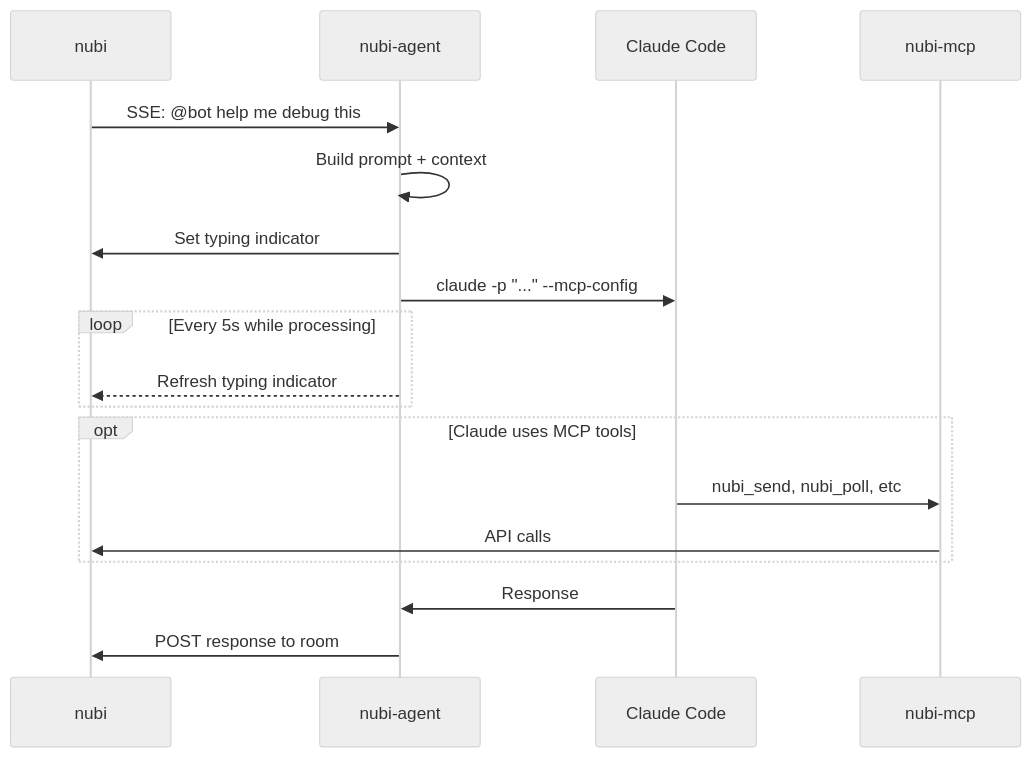
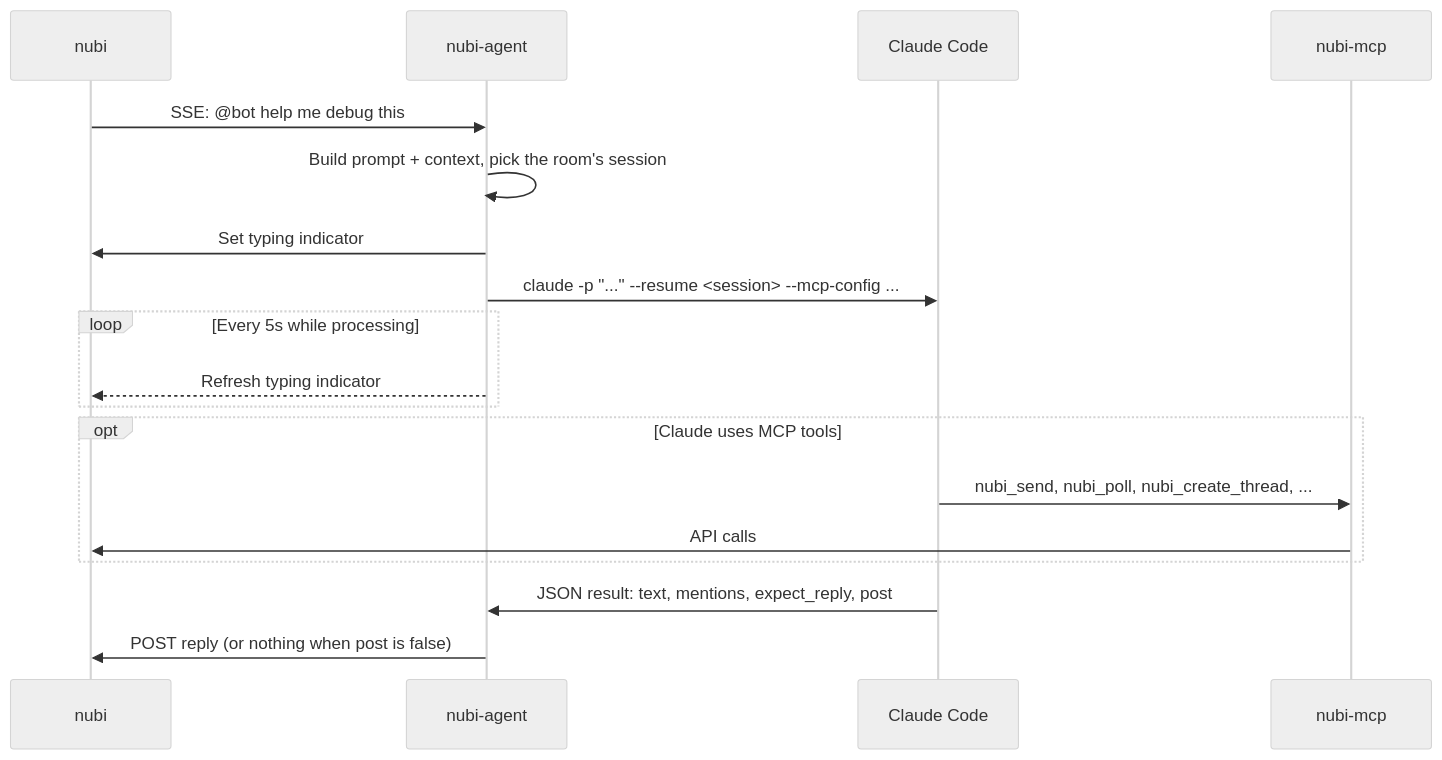
The diagram in README.md (aprdos/nubi-agent), drawn with Mermaid (neutral theme) before and after one commit. The commit also changed other lines of this file and 21 other files, not shown here.

````diff
--- a/README.md
+++ b/README.md
@@ -60,24 +62,24 @@
 ```mermaid
 sequenceDiagram
     participant N as nubi
     participant A as nubi-agent
     participant C as Claude Code
     participant M as nubi-mcp
 
     N->>A: SSE: @bot help me debug this
-    A->>A: Build prompt + context
+    A->>A: Build prompt + context, pick the room's session
     A->>N: Set typing indicator
-    A->>C: claude -p "..." --mcp-config
-    
+    A->>C: claude -p "..." --resume <session> --mcp-config ...
+
     loop Every 5s while processing
         A-->>N: Refresh typing indicator
     end
-    
+
     opt Claude uses MCP tools
-        C->>M: nubi_send, nubi_poll, etc
+        C->>M: nubi_send, nubi_poll, nubi_create_thread, ...
         M->>N: API calls
     end
-    
-    C->>A: Response
-    A->>N: POST response to room
+
+    C->>A: JSON result: text, mentions, expect_reply, post
+    A->>N: POST reply (or nothing when post is false)
 ```
````
